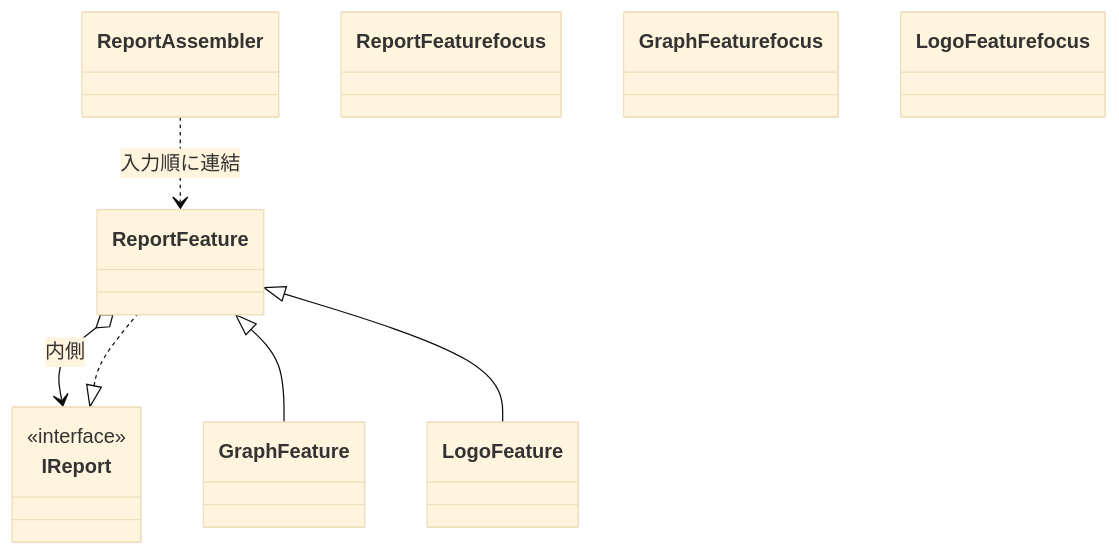
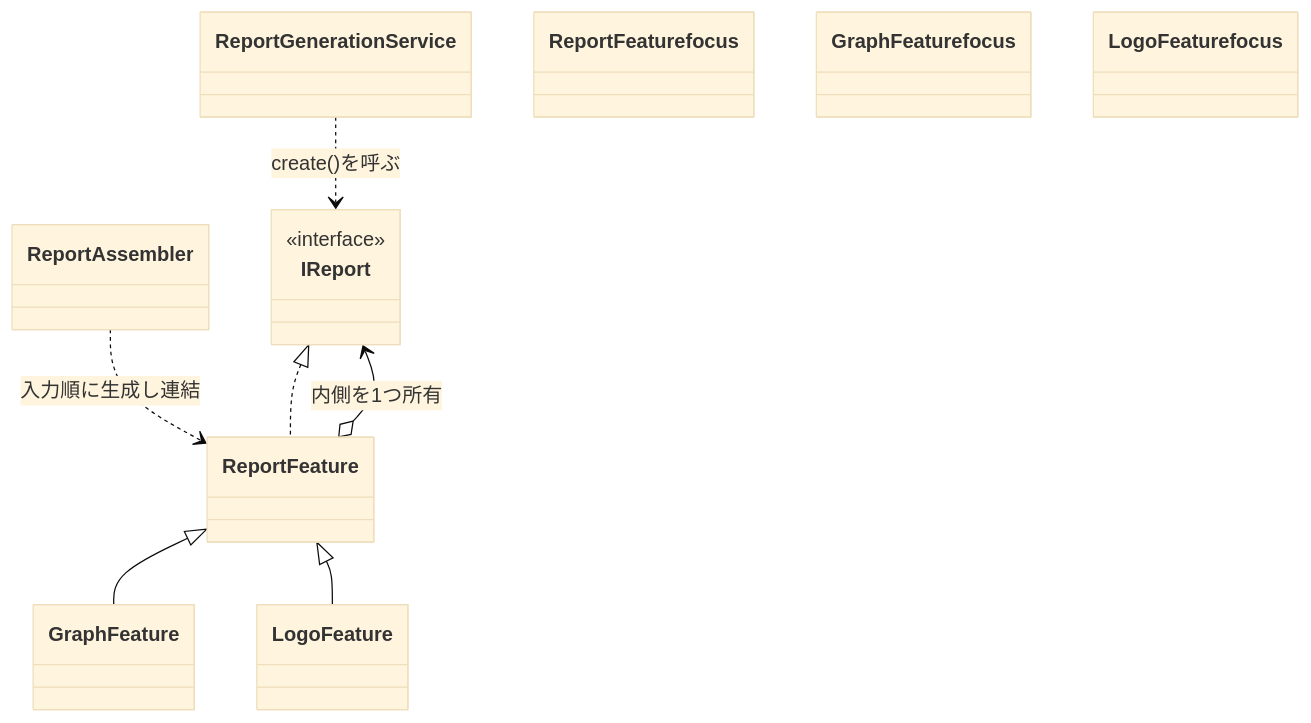
One commit to kumachan1101-pixel/DesignPattern changed the seventh of 18 diagrams in kindle/design-patterns/output/chapter11.md. Above: the diagram before and after it, drawn with Mermaid (base theme). The commit also changed other lines of this file and 3 other files, not shown here.

````diff
--- a/kindle/design-patterns/output/chapter11.md
+++ b/kindle/design-patterns/output/chapter11.md
@@ -1412,17 +1427,19 @@
 ```mermaid
 classDiagram
+    class ReportGenerationService
     class ReportAssembler
     class IReport { <<interface>> }
     class ReportFeature
     class GraphFeature
     class LogoFeature
-    ReportAssembler ..> ReportFeature : 入力順に連結
+    ReportGenerationService ..> IReport : create()を呼ぶ
+    ReportAssembler ..> ReportFeature : 入力順に生成し連結
     IReport <|.. ReportFeature
-    ReportFeature o--> IReport : 内側
+    ReportFeature o--> IReport : 内側を1つ所有
     ReportFeature <|-- GraphFeature
     ReportFeature <|-- LogoFeature
     class ReportFeature focus
     class GraphFeature focus
     class LogoFeature focus
     classDef focus fill:#FFF2CC,stroke:#D6B656,stroke-width:2px
 ```
````
